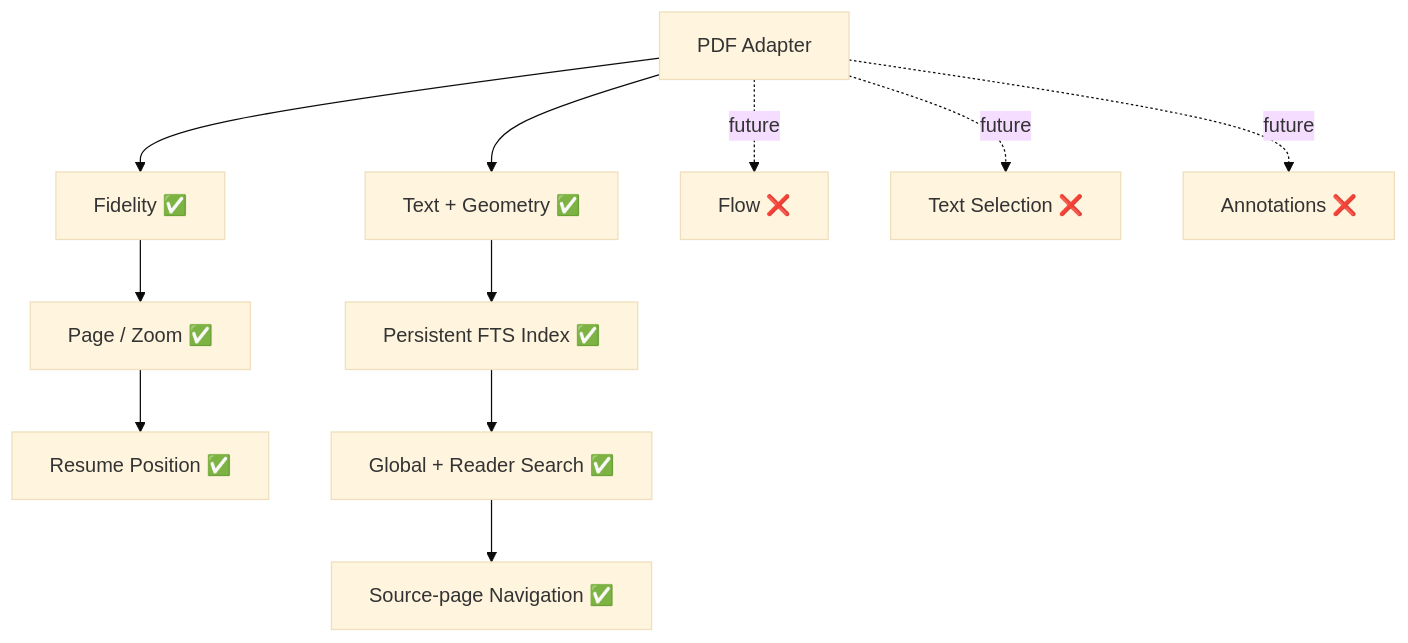
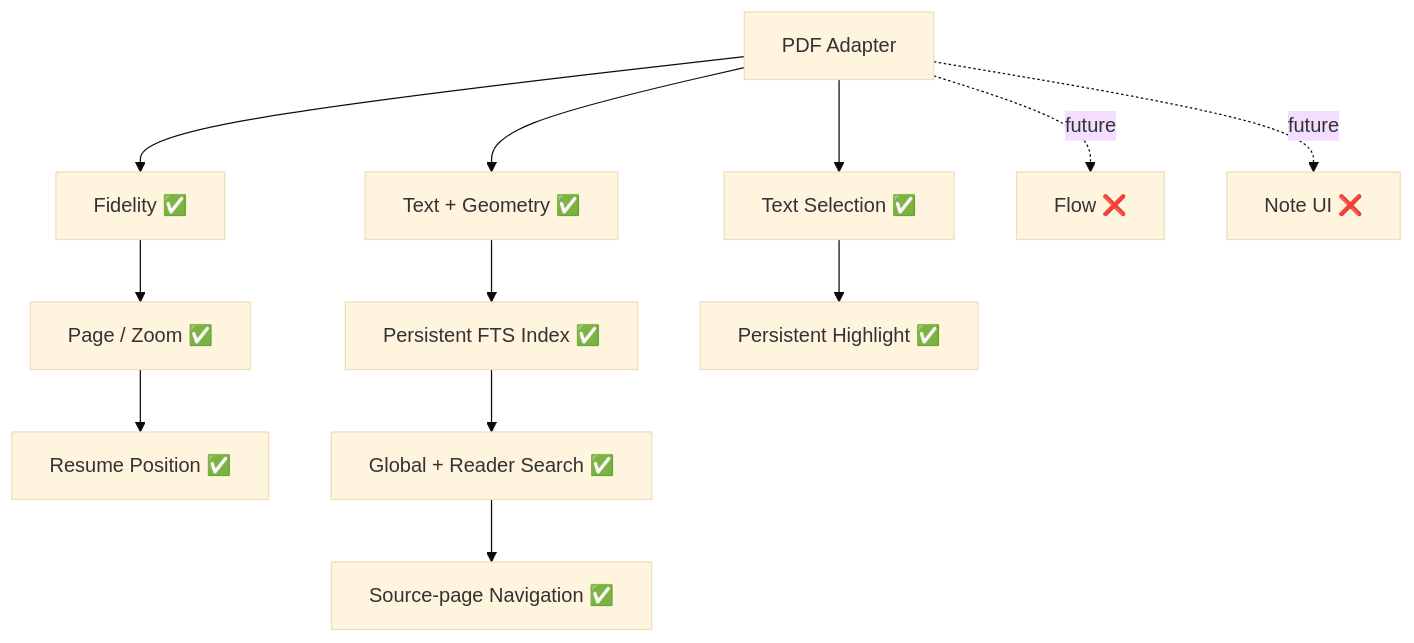
The eighth of 14 diagrams in docs/PROJECT_GRAPH.md (aaditya140103/kola), drawn with Mermaid (base theme) before and after one commit. The commit also changed other lines of this file, not shown here.

Commit message:
Document PDF highlight data flow

````diff
--- a/docs/PROJECT_GRAPH.md
+++ b/docs/PROJECT_GRAPH.md
@@ -131,20 +154,21 @@
 ```mermaid
 flowchart TD
     PDF[PDF Adapter]
     Fidelity[Fidelity ✅]
     Nav[Page / Zoom ✅]
     Resume[Resume Position ✅]
     Extract[Text + Geometry ✅]
     Index[Persistent FTS Index ✅]
     Search[Global + Reader Search ✅]
     Jump[Source-page Navigation ✅]
+    Select[Text Selection ✅]
+    Highlight[Persistent Highlight ✅]
     Flow[Flow ❌]
-    Select[Text Selection ❌]
-    Annotate[Annotations ❌]
+    Notes[Note UI ❌]
 
     PDF --> Fidelity --> Nav --> Resume
     PDF --> Extract --> Index --> Search --> Jump
+    PDF --> Select --> Highlight
     PDF -. future .-> Flow
-    PDF -. future .-> Select
-    PDF -. future .-> Annotate
+    PDF -. future .-> Notes
 ```
````
